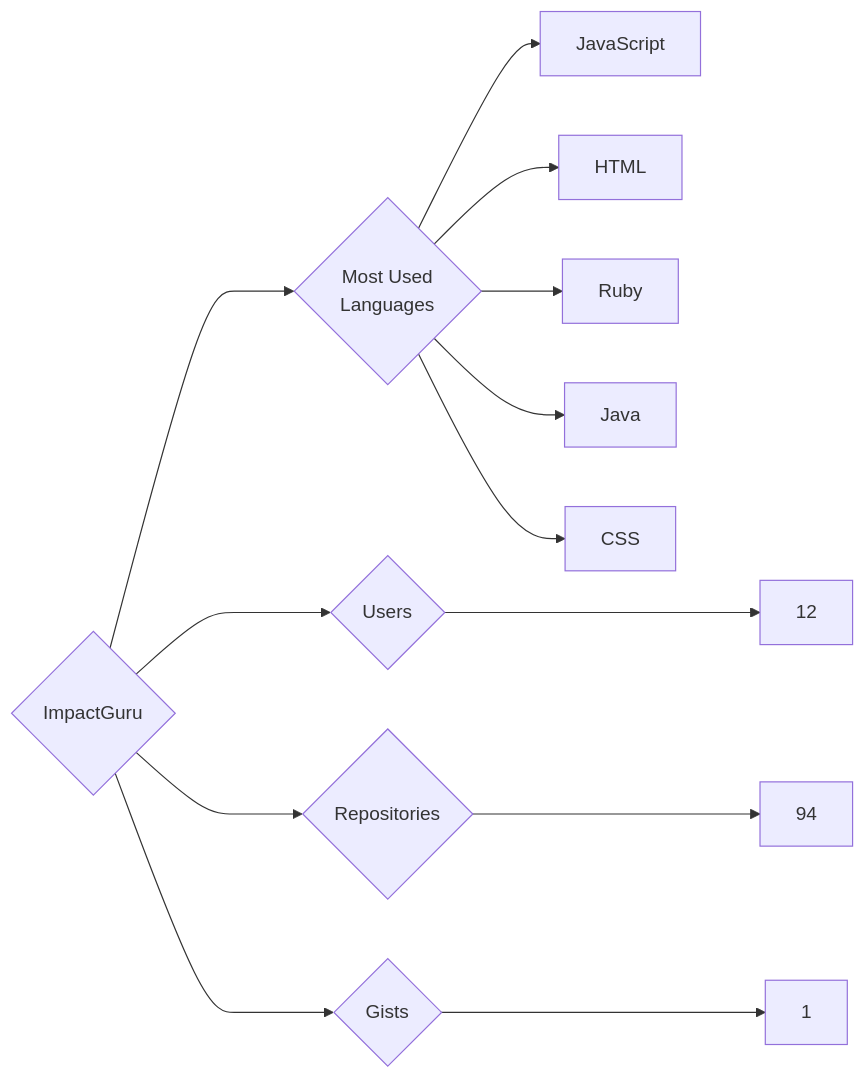
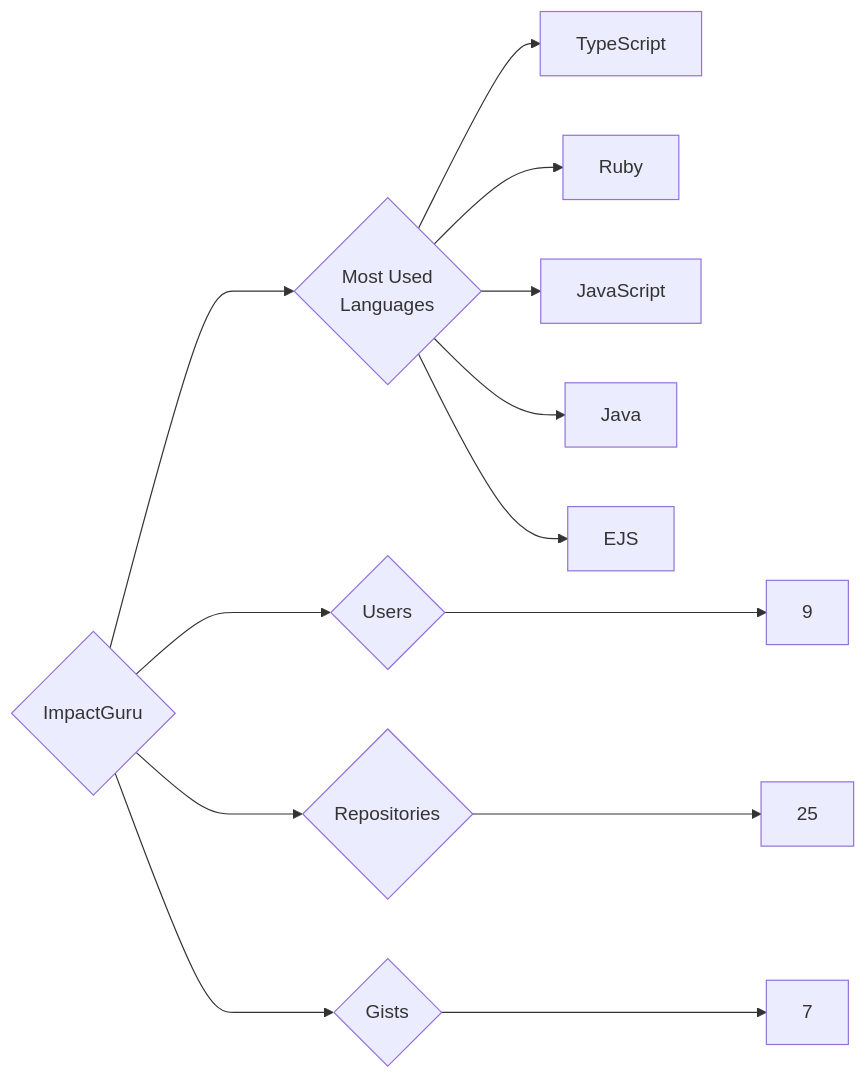
Before and after one commit to trickest/insiders: the diagram in targets/ImpactGuru/README.md, drawn with Mermaid. The commit also changed 823 other files, not shown here.

````diff
--- a/targets/ImpactGuru/README.md
+++ b/targets/ImpactGuru/README.md
@@ -3,13 +3,13 @@
 ```mermaid
 graph LR
 COMPANY_NAME{ImpactGuru}
-COMPANY_NAME ---> U{Users} ---> UN[12]
-COMPANY_NAME ---> R{Repositories} ---> RN[94]
-COMPANY_NAME ---> G{Gists} ---> GN[1]
+COMPANY_NAME ---> U{Users} ---> UN[9]
+COMPANY_NAME ---> R{Repositories} ---> RN[25]
+COMPANY_NAME ---> G{Gists} ---> GN[7]
 COMPANY_NAME ---> ML{Most Used<br>Languages}
+ML --> TypeScript[TypeScript]
+ML --> Ruby[Ruby]
 ML --> JavaScript[JavaScript]
-ML --> HTML[HTML]
-ML --> Ruby[Ruby]
 ML --> Java[Java]
-ML --> CSS[CSS]
+ML --> EJS[EJS]
 ```
````
